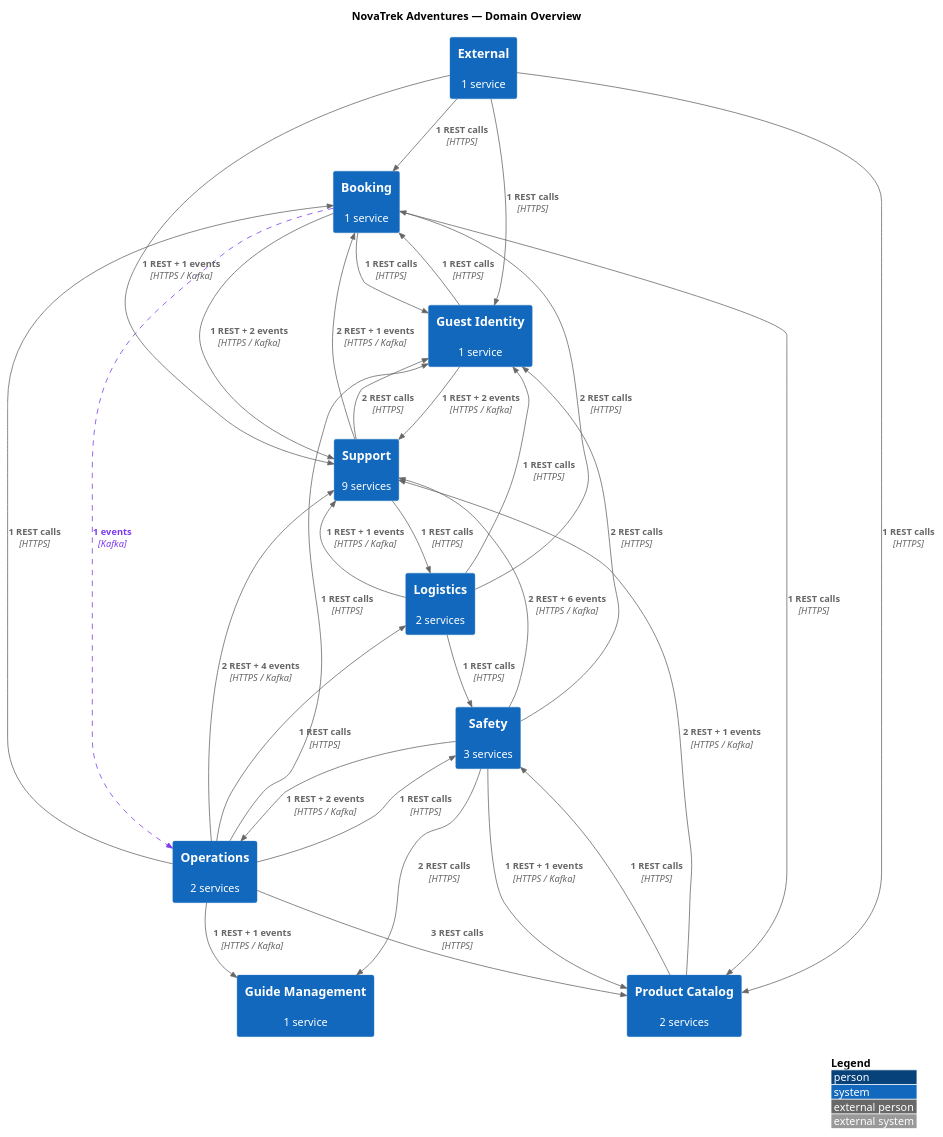
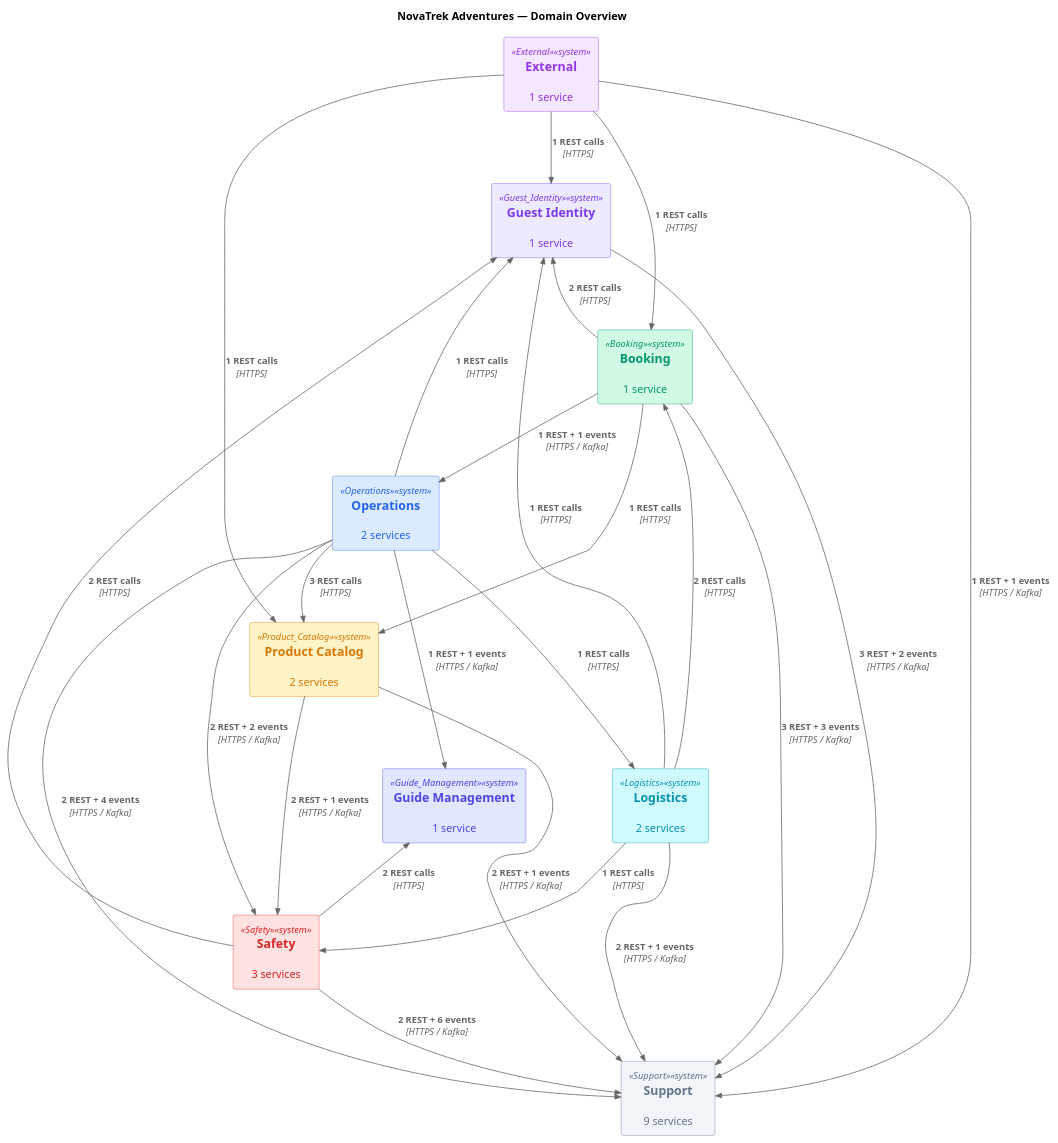
One commit to christopherblaisdell/continuous-architecture-platform-poc changed the diagram in portal/docs/topology/puml/topology-domain-overview.puml. Above: the diagram before and after it, drawn with PlantUML. The commit also changed 25 other files, not shown here.

```diff
--- a/portal/docs/topology/puml/topology-domain-overview.puml
+++ b/portal/docs/topology/puml/topology-domain-overview.puml
@@ -1,100 +1,65 @@
 @startuml
 !include <c4/C4_Context>
 
-LAYOUT_WITH_LEGEND()
 LAYOUT_TOP_DOWN()
 
-AddRelTag("kafka", $lineStyle=DashedLine(), $lineColor="#7c3aed", $textColor="#7c3aed", $legendText="Kafka Events")
+AddRelTag("kafka", $lineStyle=DashedLine(), $lineColor="#7c3aed", $textColor="#7c3aed")
 
 title NovaTrek Adventures — Domain Overview
 
-System(Booking, "Booking", "1 service", $link="/topology/domain-views/#booking", $tags="domain")
-System(External, "External", "1 service", $link="/topology/domain-views/#external", $tags="domain")
-System(Guest_Identity, "Guest Identity", "1 service", $link="/topology/domain-views/#guest-identity", $tags="domain")
-System(Guide_Management, "Guide Management", "1 service", $link="/topology/domain-views/#guide-management", $tags="domain")
-System(Logistics, "Logistics", "2 services", $link="/topology/domain-views/#logistics", $tags="domain")
-System(Operations, "Operations", "2 services", $link="/topology/domain-views/#operations", $tags="domain")
-System(Product_Catalog, "Product Catalog", "2 services", $link="/topology/domain-views/#product-catalog", $tags="domain")
-System(Safety, "Safety", "3 services", $link="/topology/domain-views/#safety", $tags="domain")
-System(Support, "Support", "9 services", $link="/topology/domain-views/#support", $tags="domain")
+AddElementTag("Booking", $bgColor="#D1FAE5", $borderColor="#059669", $fontColor="#059669")
+AddElementTag("External", $bgColor="#F3E8FF", $borderColor="#9333ea", $fontColor="#9333ea")
+AddElementTag("Guest_Identity", $bgColor="#EDE9FE", $borderColor="#7c3aed", $fontColor="#7c3aed")
+AddElementTag("Guide_Management", $bgColor="#E0E7FF", $borderColor="#4f46e5", $fontColor="#4f46e5")
+AddElementTag("Logistics", $bgColor="#CFFAFE", $borderColor="#0891b2", $fontColor="#0891b2")
+AddElementTag("Operations", $bgColor="#DBEAFE", $borderColor="#2563eb", $fontColor="#2563eb")
+AddElementTag("Product_Catalog", $bgColor="#FEF3C7", $borderColor="#d97706", $fontColor="#d97706")
+AddElementTag("Safety", $bgColor="#FEE2E2", $borderColor="#dc2626", $fontColor="#dc2626")
+AddElementTag("Support", $bgColor="#F1F5F9", $borderColor="#64748b", $fontColor="#64748b")
 
-Rel(Booking, Guest_Identity, "1 REST calls", "HTTPS")
-Rel(Booking, Operations, "1 events", "Kafka", $tags="kafka")
+System(Booking, "Booking", "1 service", $link="/topology/domain-views/#booking", $tags="Booking")
+System(External, "External", "1 service", $link="/topology/domain-views/#external", $tags="External")
+System(Guest_Identity, "Guest Identity", "1 service", $link="/topology/domain-views/#guest-identity", $tags="Guest_Identity")
+System(Guide_Management, "Guide Management", "1 service", $link="/topology/domain-views/#guide-management", $tags="Guide_Management")
+System(Logistics, "Logistics", "2 services", $link="/topology/domain-views/#logistics", $tags="Logistics")
+System(Operations, "Operations", "2 services", $link="/topology/domain-views/#operations", $tags="Operations")
+System(Product_Catalog, "Product Catalog", "2 services", $link="/topology/domain-views/#product-catalog", $tags="Product_Catalog")
+System(Safety, "Safety", "3 services", $link="/topology/domain-views/#safety", $tags="Safety")
+System(Support, "Support", "9 services", $link="/topology/domain-views/#support", $tags="Support")
+
+Rel(Booking, Guest_Identity, "2 REST calls", "HTTPS")
+Rel(Booking, Operations, "1 REST + 1 events", "HTTPS / Kafka")
 Rel(Booking, Product_Catalog, "1 REST calls", "HTTPS")
-Rel(Booking, Support, "1 REST + 2 events", "HTTPS / Kafka")
+Rel(Booking, Support, "3 REST + 3 events", "HTTPS / Kafka")
 Rel(External, Booking, "1 REST calls", "HTTPS")
 Rel(External, Guest_Identity, "1 REST calls", "HTTPS")
 Rel(External, Product_Catalog, "1 REST calls", "HTTPS")
 Rel(External, Support, "1 REST + 1 events", "HTTPS / Kafka")
-Rel(Guest_Identity, Booking, "1 REST calls", "HTTPS")
-Rel(Guest_Identity, Support, "1 REST + 2 events", "HTTPS / Kafka")
+Rel(Guest_Identity, Support, "3 REST + 2 events", "HTTPS / Kafka")
 Rel(Logistics, Booking, "2 REST calls", "HTTPS")
 Rel(Logistics, Guest_Identity, "1 REST calls", "HTTPS")
 Rel(Logistics, Safety, "1 REST calls", "HTTPS")
-Rel(Logistics, Support, "1 REST + 1 events", "HTTPS / Kafka")
-Rel(Operations, Booking, "1 REST calls", "HTTPS")
+Rel(Logistics, Support, "2 REST + 1 events", "HTTPS / Kafka")
 Rel(Operations, Guest_Identity, "1 REST calls", "HTTPS")
 Rel(Operations, Guide_Management, "1 REST + 1 events", "HTTPS / Kafka")
 Rel(Operations, Logistics, "1 REST calls", "HTTPS")
 Rel(Operations, Product_Catalog, "3 REST calls", "HTTPS")
-Rel(Operations, Safety, "1 REST calls", "HTTPS")
+Rel(Operations, Safety, "2 REST + 2 events", "HTTPS / Kafka")
 Rel(Operations, Support, "2 REST + 4 events", "HTTPS / Kafka")
-Rel(Product_Catalog, Safety, "1 REST calls", "HTTPS")
+Rel(Product_Catalog, Safety, "2 REST + 1 events", "HTTPS / Kafka")
 Rel(Product_Catalog, Support, "2 REST + 1 events", "HTTPS / Kafka")
 Rel(Safety, Guest_Identity, "2 REST calls", "HTTPS")
 Rel(Safety, Guide_Management, "2 REST calls", "HTTPS")
-Rel(Safety, Operations, "1 REST + 2 events", "HTTPS / Kafka")
-Rel(Safety, Product_Catalog, "1 REST + 1 events", "HTTPS / Kafka")
 Rel(Safety, Support, "2 REST + 6 events", "HTTPS / Kafka")
-Rel(Support, Booking, "2 REST + 1 events", "HTTPS / Kafka")
-Rel(Support, Guest_Identity, "2 REST calls", "HTTPS")
-Rel(Support, Logistics, "1 REST calls", "HTTPS")
 
-' Domain colors
-skinparam rectangle<<Booking>> {
-    BackgroundColor #D1FAE5
-    BorderColor #059669
-    FontColor #059669
-}
-skinparam rectangle<<External>> {
-    BackgroundColor #F3E8FF
-    BorderColor #9333ea
-    FontColor #9333ea
-}
-skinparam rectangle<<Guest_Identity>> {
-    BackgroundColor #EDE9FE
-    BorderColor #7c3aed
-    FontColor #7c3aed
-}
-skinparam rectangle<<Guide_Management>> {
-    BackgroundColor #E0E7FF
-    BorderColor #4f46e5
-    FontColor #4f46e5
-}
-skinparam rectangle<<Logistics>> {
-    BackgroundColor #CFFAFE
-    BorderColor #0891b2
-    FontColor #0891b2
-}
-skinparam rectangle<<Operations>> {
-    BackgroundColor #DBEAFE
-    BorderColor #2563eb
-    FontColor #2563eb
-}
-skinparam rectangle<<Product_Catalog>> {
-    BackgroundColor #FEF3C7
-    BorderColor #d97706
-    FontColor #d97706
-}
-skinparam rectangle<<Safety>> {
-    BackgroundColor #FEE2E2
-    BorderColor #dc2626
-    FontColor #dc2626
-}
-skinparam rectangle<<Support>> {
-    BackgroundColor #F1F5F9
-    BorderColor #64748b
-    FontColor #64748b
-}
+' Layout hints: 3-row grid
+Lay_R(External, Guest_Identity)
+Lay_R(Guest_Identity, Booking)
+Lay_D(External, Product_Catalog)
+Lay_R(Product_Catalog, Operations)
+Lay_R(Operations, Safety)
+Lay_D(Product_Catalog, Guide_Management)
+Lay_R(Guide_Management, Logistics)
+Lay_R(Logistics, Support)
 
 @enduml
```
